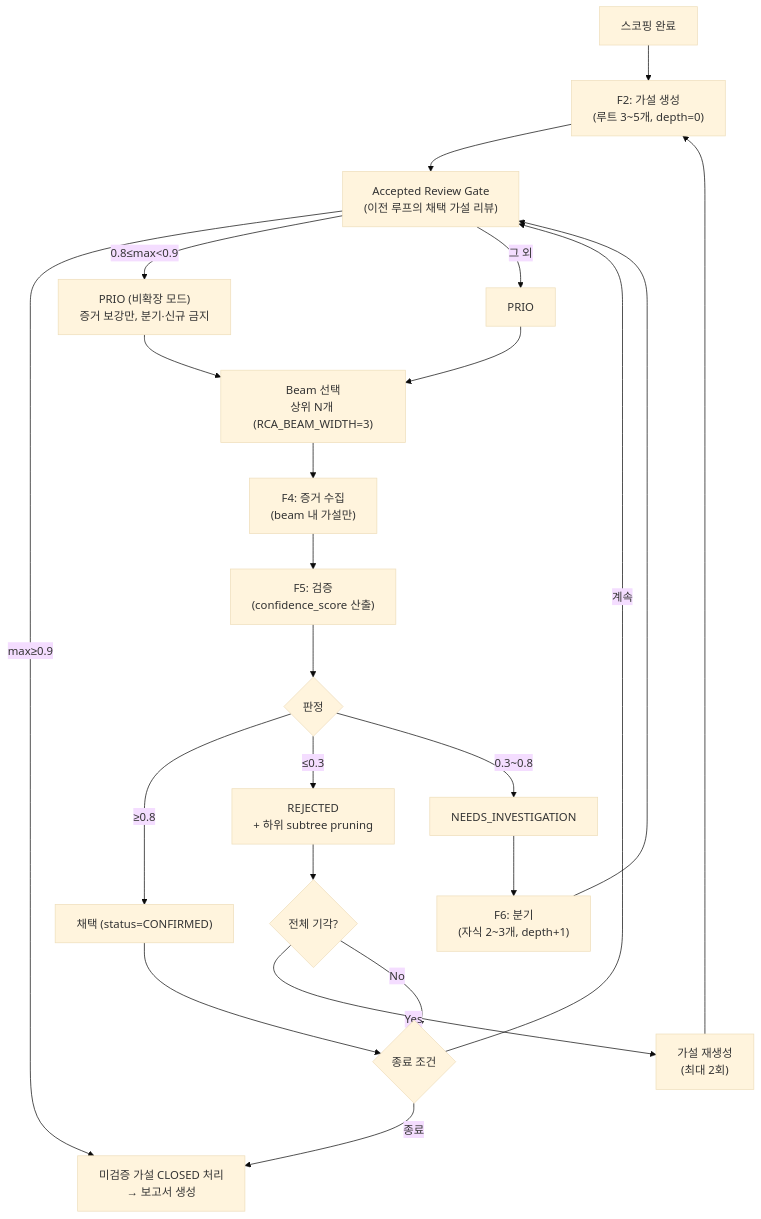
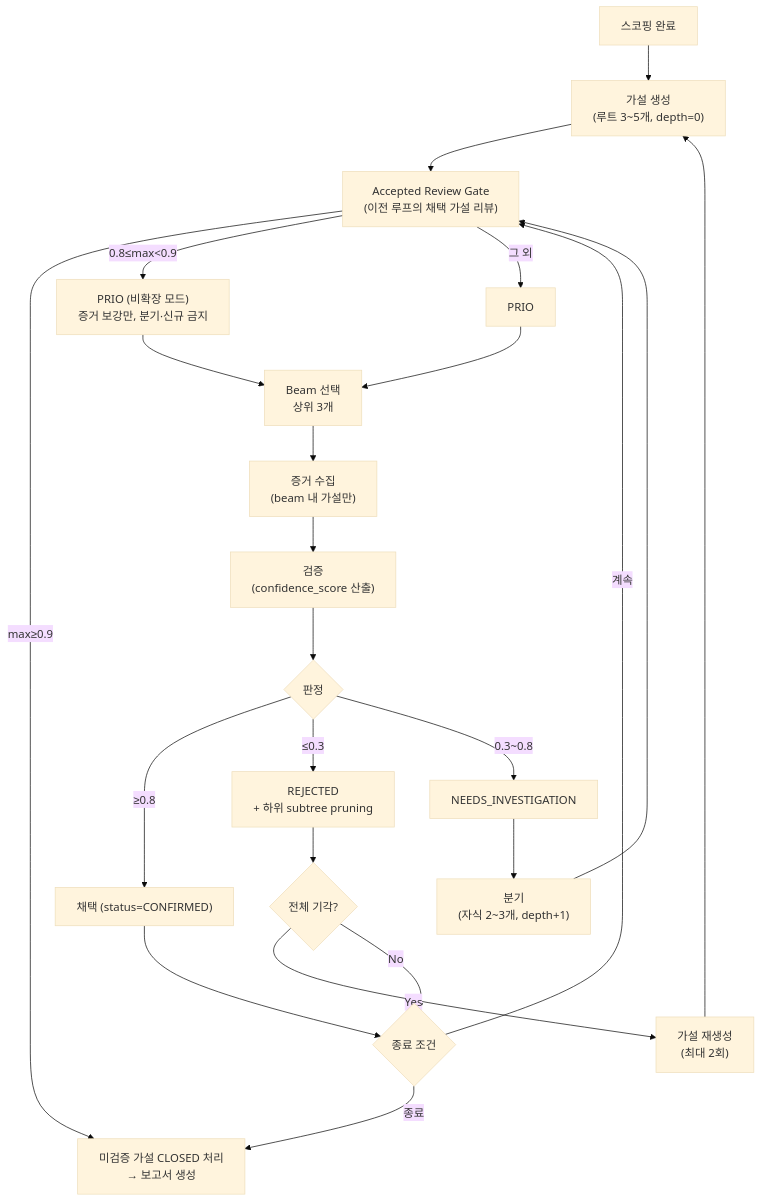
Before and after one commit to haandol/rca-agent: the diagram in docs/adr/agent/0002-hypothesis-tree-lifecycle.md, drawn with Mermaid (base theme). The commit also changed other lines of this file and 27 other files, not shown here.

````diff
--- a/docs/adr/agent/0002-hypothesis-tree-lifecycle.md
+++ b/docs/adr/agent/0002-hypothesis-tree-lifecycle.md
@@ -29,25 +31,25 @@
 ```mermaid
 flowchart TD
-    Start["스코핑 완료"] --> GEN["F2: 가설 생성<br/>(루트 3~5개, depth=0)"]
+    Start["스코핑 완료"] --> GEN["가설 생성<br/>(루트 3~5개, depth=0)"]
     GEN --> GATE["Accepted Review Gate<br/>(이전 루프의 채택 가설 리뷰)"]
     GATE -->|"max≥0.9"| FIN
     GATE -->|"0.8≤max<0.9"| PRIO_BLOCKED["PRIO (비확장 모드)<br/>증거 보강만, 분기·신규 금지"]
     GATE -->|"그 외"| PRIO
-    PRIO --> BEAM["Beam 선택<br/>상위 N개 (RCA_BEAM_WIDTH=3)"]
+    PRIO --> BEAM["Beam 선택<br/>상위 3개"]
     PRIO_BLOCKED --> BEAM
-    BEAM --> EVID["F4: 증거 수집<br/>(beam 내 가설만)"]
-    EVID --> VAL["F5: 검증<br/>(confidence_score 산출)"]
+    BEAM --> EVID["증거 수집<br/>(beam 내 가설만)"]
+    EVID --> VAL["검증<br/>(confidence_score 산출)"]
     VAL --> CLS{판정}
     CLS -->|"≥0.8"| ACC["채택 (status=CONFIRMED)"]
     CLS -->|"≤0.3"| REJ["REJECTED<br/>+ 하위 subtree pruning"]
     CLS -->|"0.3~0.8"| NI["NEEDS_INVESTIGATION"]
-    NI --> BR["F6: 분기<br/>(자식 2~3개, depth+1)"]
+    NI --> BR["분기<br/>(자식 2~3개, depth+1)"]
     BR --> GATE
     ACC --> TERM{종료 조건}
     REJ --> ALLREJ{전체 기각?}
     ALLREJ -->|Yes| REGEN["가설 재생성<br/>(최대 2회)"]
     ALLREJ -->|No| TERM
     REGEN --> GEN
     TERM -->|종료| FIN["미검증 가설 CLOSED 처리<br/>→ 보고서 생성"]
     TERM -->|계속| GATE
 ```
````
